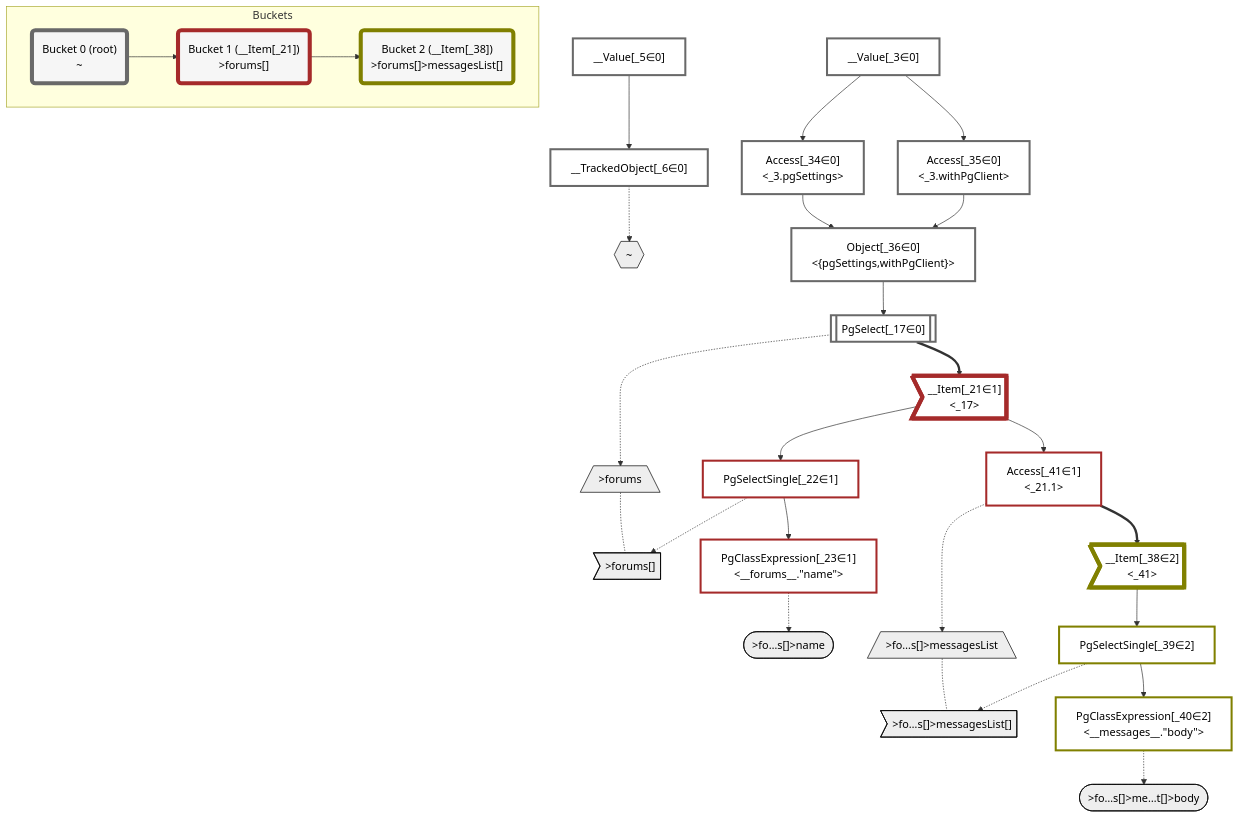
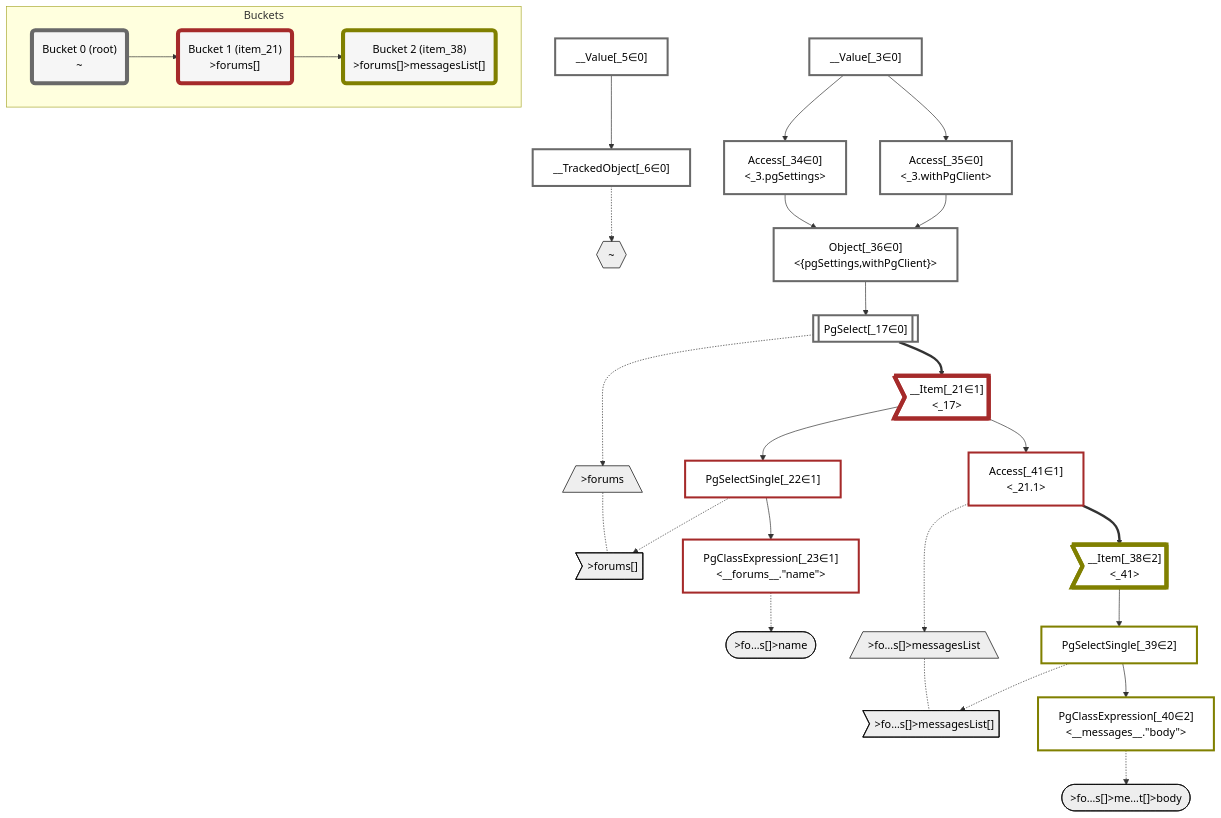
Before and after one commit to graphile/crystal: the diagram in packages/dataplan-pg/__tests__/queries/conditions/basics.mermaid.md, drawn with Mermaid. The commit also changed 159 other files, not shown here.

```diff
--- a/packages/dataplan-pg/__tests__/queries/conditions/basics.mermaid.md
+++ b/packages/dataplan-pg/__tests__/queries/conditions/basics.mermaid.md
@@ -73,10 +73,10 @@
     subgraph Buckets
     Bucket0("Bucket 0 (root)<br />~"):::bucket
     style Bucket0 stroke:#696969
-    Bucket1("Bucket 1 (__Item[_21])<br />>forums[]"):::bucket
+    Bucket1("Bucket 1 (item_21)<br />>forums[]"):::bucket
     style Bucket1 stroke:#a52a2a
     Bucket0 --> Bucket1
-    Bucket2("Bucket 2 (__Item[_38])<br />>forums[]>messagesList[]"):::bucket
+    Bucket2("Bucket 2 (item_38)<br />>forums[]>messagesList[]"):::bucket
     style Bucket2 stroke:#808000
     Bucket1 --> Bucket2
     end
```
